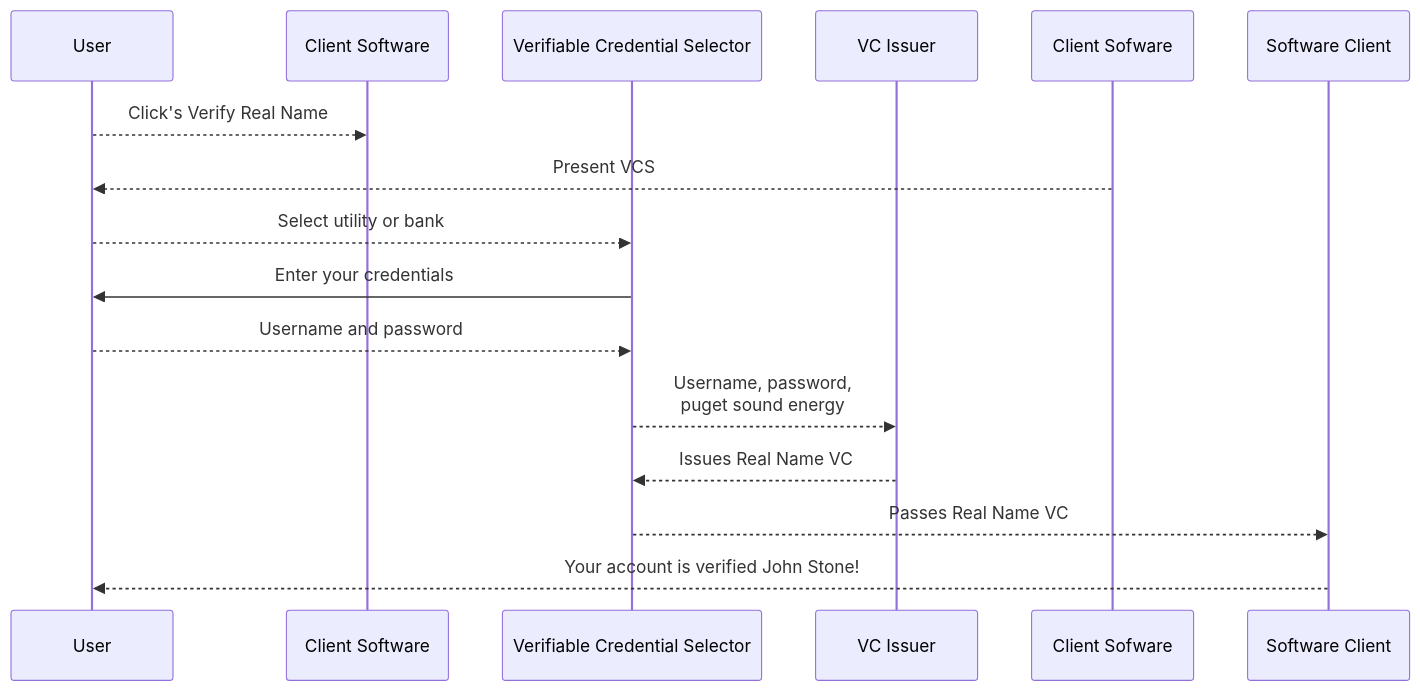
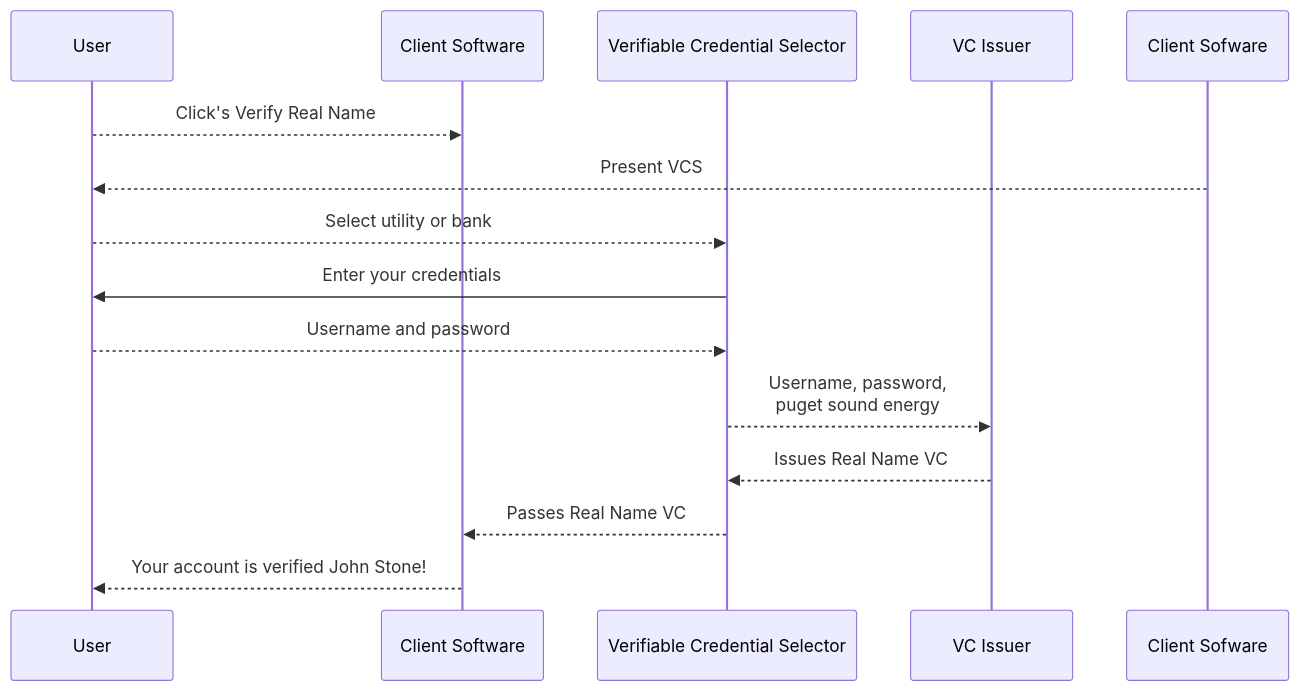
The first of 2 diagrams in real-name-decentralized.md (jacksophtron/open), drawn with Mermaid before and after one commit.

````diff
--- a/real-name-decentralized.md
+++ b/real-name-decentralized.md
@@ -15,19 +15,19 @@
 ```mermaid
 sequenceDiagram
 
 	participant User
         participant Client Software
         participant Verifiable Credential Selector 
         participant VC Issuer
 
 	User-->>Client Software: Click's Verify Real Name
 	Client Sofware-->>User: Present VCS
 	User-->>Verifiable Credential Selector: Select utility or bank 
         Verifiable Credential Selector->>User: Enter your credentials
         User-->>Verifiable Credential Selector: Username and password
         Verifiable Credential Selector-->>VC Issuer: Username, password, <br/>puget sound energy
         VC Issuer-->>Verifiable Credential Selector: Issues Real Name VC
-        Verifiable Credential Selector-->>Software Client: Passes Real Name VC
-        Software Client-->>User: Your account is verified John Stone! 
+        Verifiable Credential Selector-->>Client Software: Passes Real Name VC
+        Client Software-->>User: Your account is verified John Stone! 
 
 ```
````
